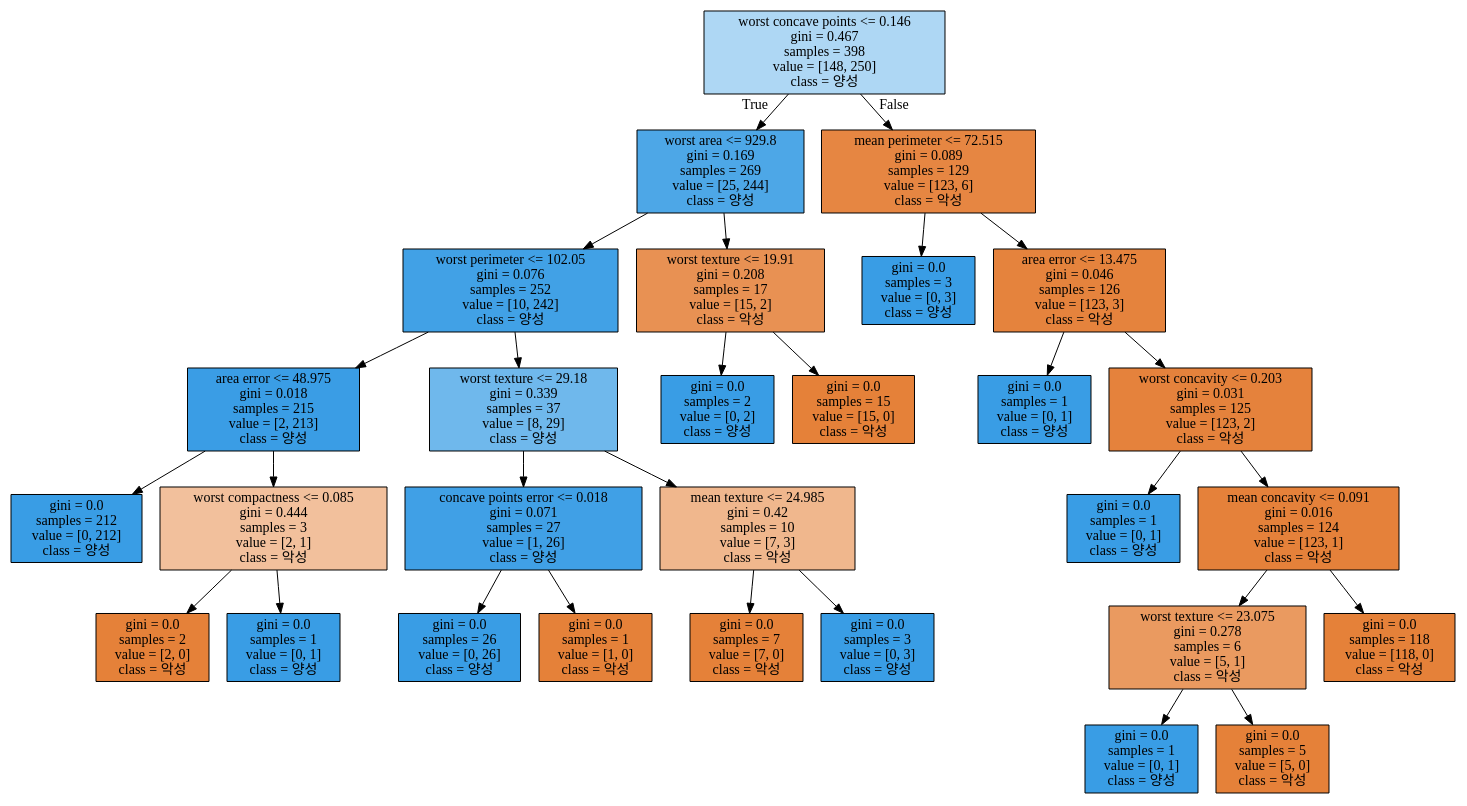
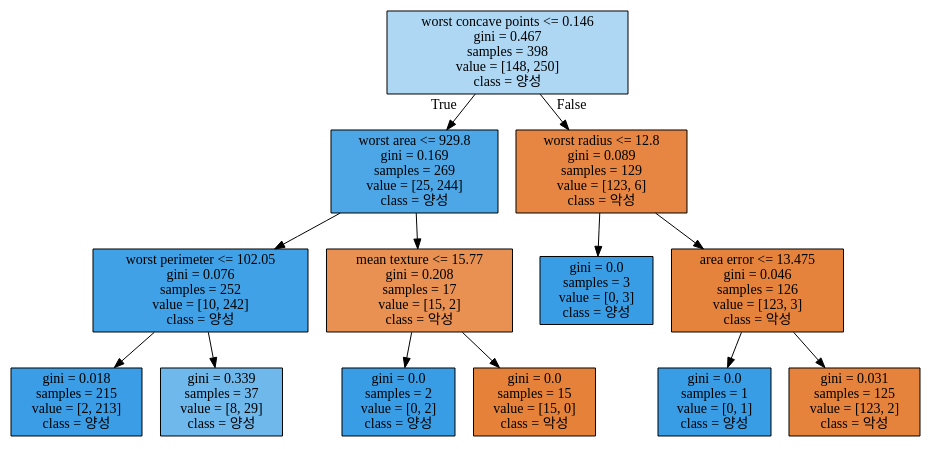
The diagram in 2_scikit-learn/3_decision_tree/cancer_tree.dot (toFreshMilk/ml), drawn with Graphviz before and after one commit. The commit also changed 62 other files, not shown here.

```diff
--- a/2_scikit-learn/3_decision_tree/cancer_tree.dot
+++ b/2_scikit-learn/3_decision_tree/cancer_tree.dot
@@ -1,60 +1,28 @@
 digraph Tree {
 node [shape=box, style="filled", color="black"] ;
 0 [label="worst concave points <= 0.146\ngini = 0.467\nsamples = 398\nvalue = [148, 250]\nclass = 양성", fillcolor="#399de568"] ;
 1 [label="worst area <= 929.8\ngini = 0.169\nsamples = 269\nvalue = [25, 244]\nclass = 양성", fillcolor="#399de5e5"] ;
 0 -> 1 [labeldistance=2.5, labelangle=45, headlabel="True"] ;
 2 [label="worst perimeter <= 102.05\ngini = 0.076\nsamples = 252\nvalue = [10, 242]\nclass = 양성", fillcolor="#399de5f4"] ;
 1 -> 2 ;
-3 [label="area error <= 48.975\ngini = 0.018\nsamples = 215\nvalue = [2, 213]\nclass = 양성", fillcolor="#399de5fd"] ;
+3 [label="gini = 0.018\nsamples = 215\nvalue = [2, 213]\nclass = 양성", fillcolor="#399de5fd"] ;
 2 -> 3 ;
-4 [label="gini = 0.0\nsamples = 212\nvalue = [0, 212]\nclass = 양성", fillcolor="#399de5ff"] ;
-3 -> 4 ;
-5 [label="worst compactness <= 0.085\ngini = 0.444\nsamples = 3\nvalue = [2, 1]\nclass = 악성", fillcolor="#e581397f"] ;
-3 -> 5 ;
-6 [label="gini = 0.0\nsamples = 2\nvalue = [2, 0]\nclass = 악성", fillcolor="#e58139ff"] ;
+4 [label="gini = 0.339\nsamples = 37\nvalue = [8, 29]\nclass = 양성", fillcolor="#399de5b9"] ;
+2 -> 4 ;
+5 [label="mean texture <= 15.77\ngini = 0.208\nsamples = 17\nvalue = [15, 2]\nclass = 악성", fillcolor="#e58139dd"] ;
+1 -> 5 ;
+6 [label="gini = 0.0\nsamples = 2\nvalue = [0, 2]\nclass = 양성", fillcolor="#399de5ff"] ;
 5 -> 6 ;
-7 [label="gini = 0.0\nsamples = 1\nvalue = [0, 1]\nclass = 양성", fillcolor="#399de5ff"] ;
+7 [label="gini = 0.0\nsamples = 15\nvalue = [15, 0]\nclass = 악성", fillcolor="#e58139ff"] ;
 5 -> 7 ;
-8 [label="worst texture <= 29.18\ngini = 0.339\nsamples = 37\nvalue = [8, 29]\nclass = 양성", fillcolor="#399de5b9"] ;
-2 -> 8 ;
-9 [label="concave points error <= 0.018\ngini = 0.071\nsamples = 27\nvalue = [1, 26]\nclass = 양성", fillcolor="#399de5f5"] ;
+8 [label="worst radius <= 12.8\ngini = 0.089\nsamples = 129\nvalue = [123, 6]\nclass = 악성", fillcolor="#e58139f3"] ;
+0 -> 8 [labeldistance=2.5, labelangle=-45, headlabel="False"] ;
+9 [label="gini = 0.0\nsamples = 3\nvalue = [0, 3]\nclass = 양성", fillcolor="#399de5ff"] ;
 8 -> 9 ;
-10 [label="gini = 0.0\nsamples = 26\nvalue = [0, 26]\nclass = 양성", fillcolor="#399de5ff"] ;
-9 -> 10 ;
-11 [label="gini = 0.0\nsamples = 1\nvalue = [1, 0]\nclass = 악성", fillcolor="#e58139ff"] ;
-9 -> 11 ;
-12 [label="mean texture <= 24.985\ngini = 0.42\nsamples = 10\nvalue = [7, 3]\nclass = 악성", fillcolor="#e5813992"] ;
-8 -> 12 ;
-13 [label="gini = 0.0\nsamples = 7\nvalue = [7, 0]\nclass = 악성", fillcolor="#e58139ff"] ;
-12 -> 13 ;
-14 [label="gini = 0.0\nsamples = 3\nvalue = [0, 3]\nclass = 양성", fillcolor="#399de5ff"] ;
-12 -> 14 ;
-15 [label="worst texture <= 19.91\ngini = 0.208\nsamples = 17\nvalue = [15, 2]\nclass = 악성", fillcolor="#e58139dd"] ;
-1 -> 15 ;
-16 [label="gini = 0.0\nsamples = 2\nvalue = [0, 2]\nclass = 양성", fillcolor="#399de5ff"] ;
-15 -> 16 ;
-17 [label="gini = 0.0\nsamples = 15\nvalue = [15, 0]\nclass = 악성", fillcolor="#e58139ff"] ;
-15 -> 17 ;
-18 [label="mean perimeter <= 72.515\ngini = 0.089\nsamples = 129\nvalue = [123, 6]\nclass = 악성", fillcolor="#e58139f3"] ;
-0 -> 18 [labeldistance=2.5, labelangle=-45, headlabel="False"] ;
-19 [label="gini = 0.0\nsamples = 3\nvalue = [0, 3]\nclass = 양성", fillcolor="#399de5ff"] ;
-18 -> 19 ;
-20 [label="area error <= 13.475\ngini = 0.046\nsamples = 126\nvalue = [123, 3]\nclass = 악성", fillcolor="#e58139f9"] ;
-18 -> 20 ;
-21 [label="gini = 0.0\nsamples = 1\nvalue = [0, 1]\nclass = 양성", fillcolor="#399de5ff"] ;
-20 -> 21 ;
-22 [label="worst concavity <= 0.203\ngini = 0.031\nsamples = 125\nvalue = [123, 2]\nclass = 악성", fillcolor="#e58139fb"] ;
-20 -> 22 ;
-23 [label="gini = 0.0\nsamples = 1\nvalue = [0, 1]\nclass = 양성", fillcolor="#399de5ff"] ;
-22 -> 23 ;
-24 [label="mean concavity <= 0.091\ngini = 0.016\nsamples = 124\nvalue = [123, 1]\nclass = 악성", fillcolor="#e58139fd"] ;
-22 -> 24 ;
-25 [label="worst texture <= 23.075\ngini = 0.278\nsamples = 6\nvalue = [5, 1]\nclass = 악성", fillcolor="#e58139cc"] ;
-24 -> 25 ;
-26 [label="gini = 0.0\nsamples = 1\nvalue = [0, 1]\nclass = 양성", fillcolor="#399de5ff"] ;
-25 -> 26 ;
-27 [label="gini = 0.0\nsamples = 5\nvalue = [5, 0]\nclass = 악성", fillcolor="#e58139ff"] ;
-25 -> 27 ;
-28 [label="gini = 0.0\nsamples = 118\nvalue = [118, 0]\nclass = 악성", fillcolor="#e58139ff"] ;
-24 -> 28 ;
+10 [label="area error <= 13.475\ngini = 0.046\nsamples = 126\nvalue = [123, 3]\nclass = 악성", fillcolor="#e58139f9"] ;
+8 -> 10 ;
+11 [label="gini = 0.0\nsamples = 1\nvalue = [0, 1]\nclass = 양성", fillcolor="#399de5ff"] ;
+10 -> 11 ;
+12 [label="gini = 0.031\nsamples = 125\nvalue = [123, 2]\nclass = 악성", fillcolor="#e58139fb"] ;
+10 -> 12 ;
 }
```
